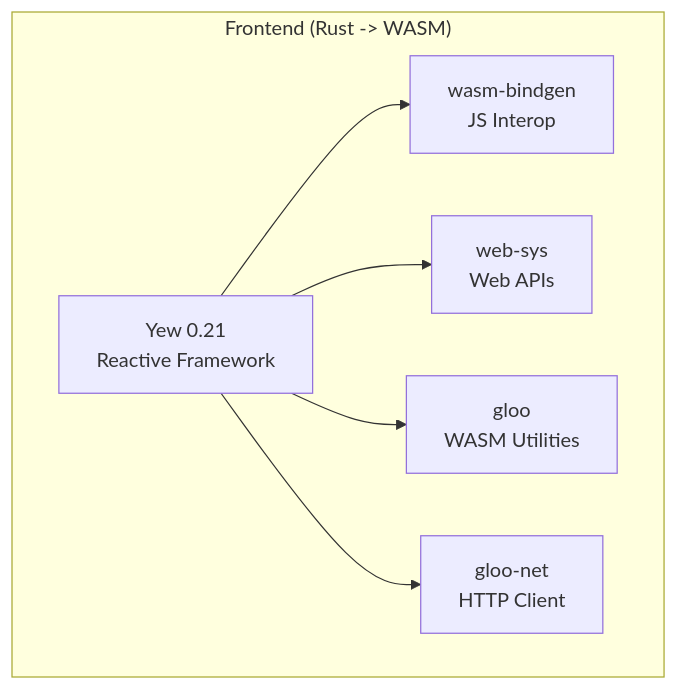
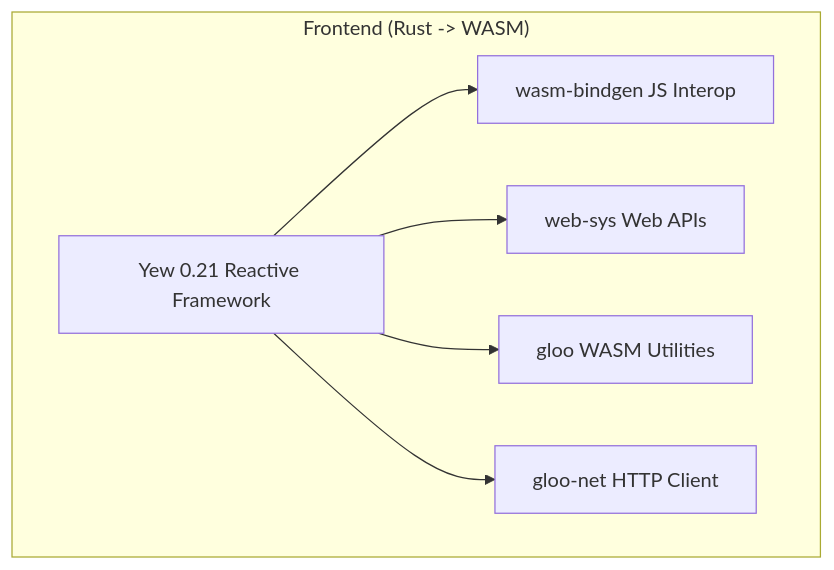
One commit to softwarewrighter/scan3data changed the ninth of 11 diagrams in wiki/Architecture.md. Above: the diagram before and after it, drawn with Mermaid. The commit also changed other lines of this file and 6 other files, not shown here.

First line of the commit message:
Fix wiki Mermaid diagrams: remove <br/> tags

````diff
--- a/wiki/Architecture.md
+++ b/wiki/Architecture.md
@@ -362,15 +362,15 @@
 ```mermaid
 graph TB
     subgraph "Frontend (Rust -> WASM)"
-        YEW[Yew 0.21<br/>Reactive Framework]
-        WASM[wasm-bindgen<br/>JS Interop]
-        WEB[web-sys<br/>Web APIs]
-        GLOO[gloo<br/>WASM Utilities]
-        NET[gloo-net<br/>HTTP Client]
+        YEW[Yew 0.21 Reactive Framework]
+        WASM[wasm-bindgen JS Interop]
+        WEB[web-sys Web APIs]
+        GLOO[gloo WASM Utilities]
+        NET[gloo-net HTTP Client]
     end
 
     YEW --> WASM
     YEW --> WEB
     YEW --> GLOO
     YEW --> NET
 ```
````
